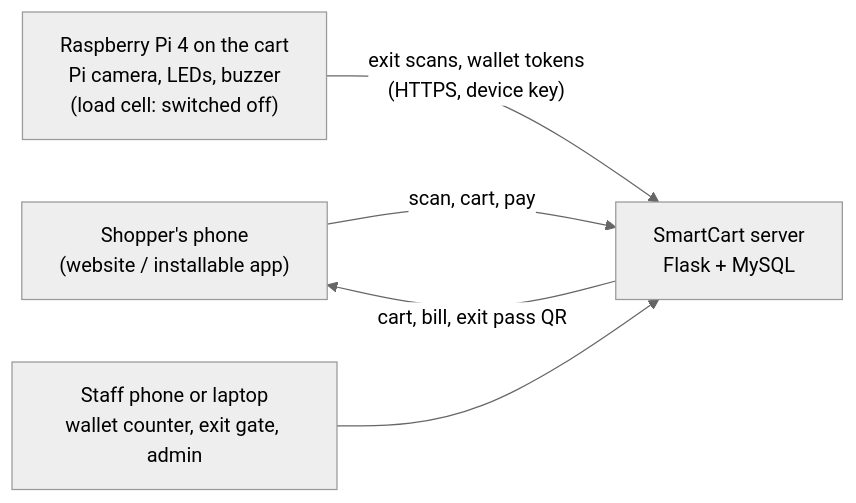
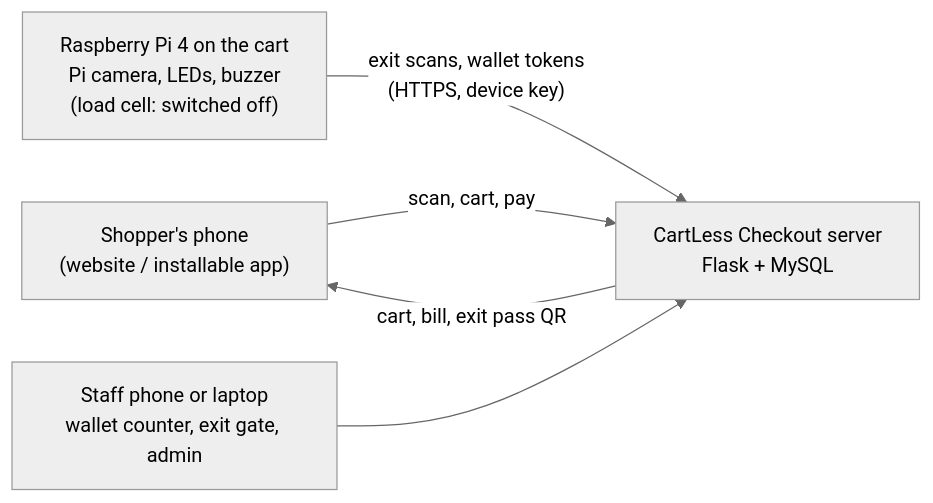
The diagram in README.md (hardikrawat910-byte/smart-billing-cart), drawn with Mermaid (neutral theme) before and after one commit. The commit also changed other lines of this file and 72 other files, not shown here.

First line of the commit message:
Rename the project to CartLess Checkout

````diff
--- a/README.md
+++ b/README.md
@@ -21,7 +23,7 @@
 ```mermaid
 flowchart LR
-    P["Shopper's phone<br/>(website / installable app)"] -- "scan, cart, pay" --> S["SmartCart server<br/>Flask + MySQL"]
+    P["Shopper's phone<br/>(website / installable app)"] -- "scan, cart, pay" --> S["CartLess Checkout server<br/>Flask + MySQL"]
     S -- "cart, bill, exit pass QR" --> P
     Pi["Raspberry Pi 4 on the cart<br/>Pi camera, LEDs, buzzer<br/>(load cell: switched off)"] -- "exit scans, wallet tokens<br/>(HTTPS, device key)" --> S
     St["Staff phone or laptop<br/>wallet counter, exit gate, admin"] --> S
 ```
````
